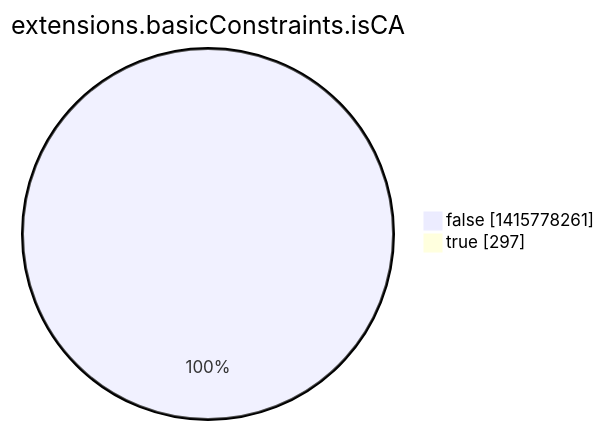
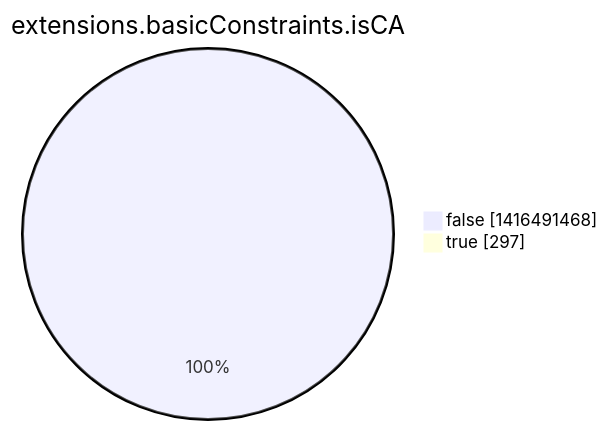
One commit to christiankrug/ctmonitor_visualization changed the eighth of 15 diagrams in argon2022/README.md. Above: the diagram before and after it, drawn with Mermaid. The commit also changed other lines of this file, not shown here.

````diff
--- a/argon2022/README.md
+++ b/argon2022/README.md
@@ -2760,6 +2760,6 @@
 ```mermaid
 pie showData
 title extensions.basicConstraints.isCA
-"false" :1415778261
+"false" :1416491468
 "true" :297
 ```
````
